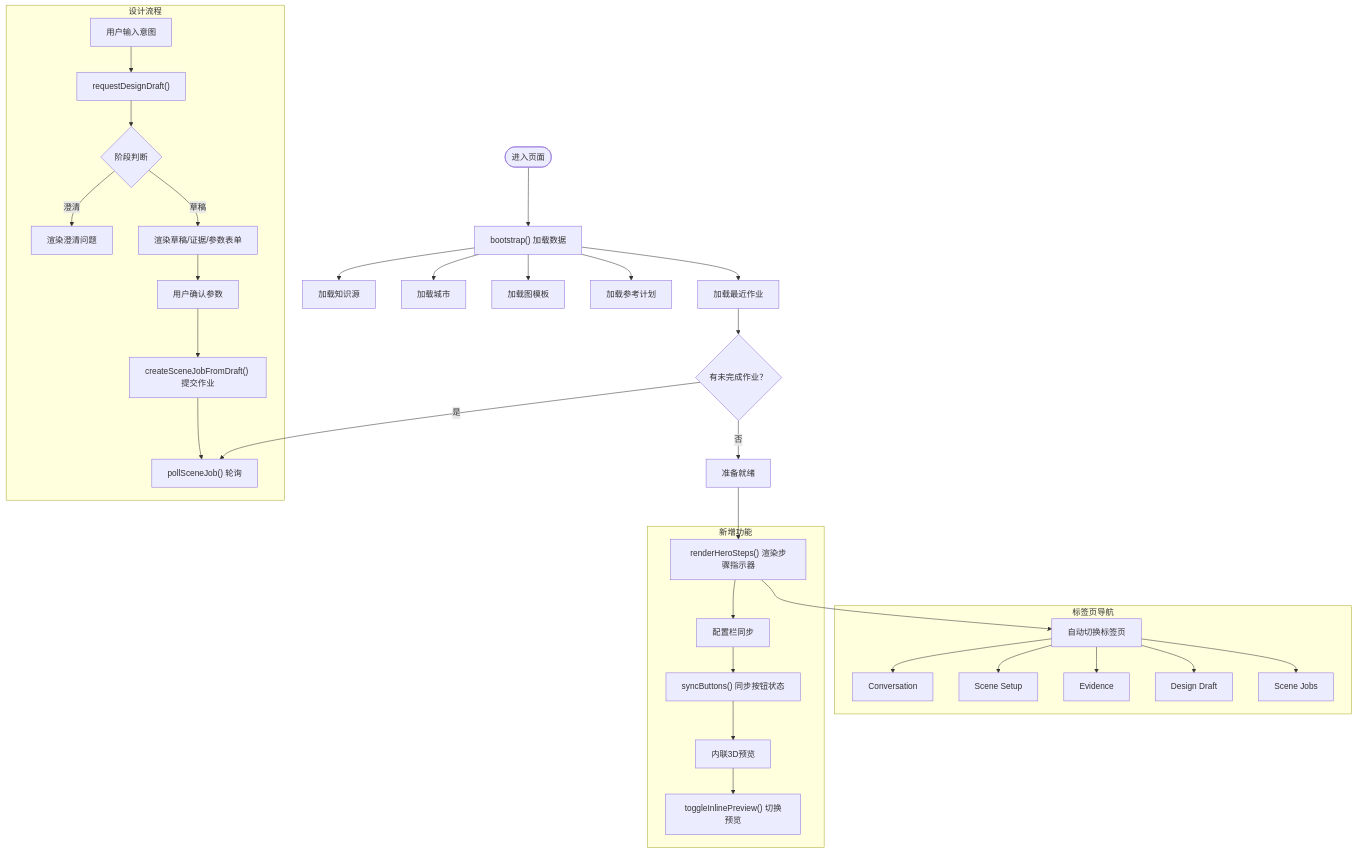
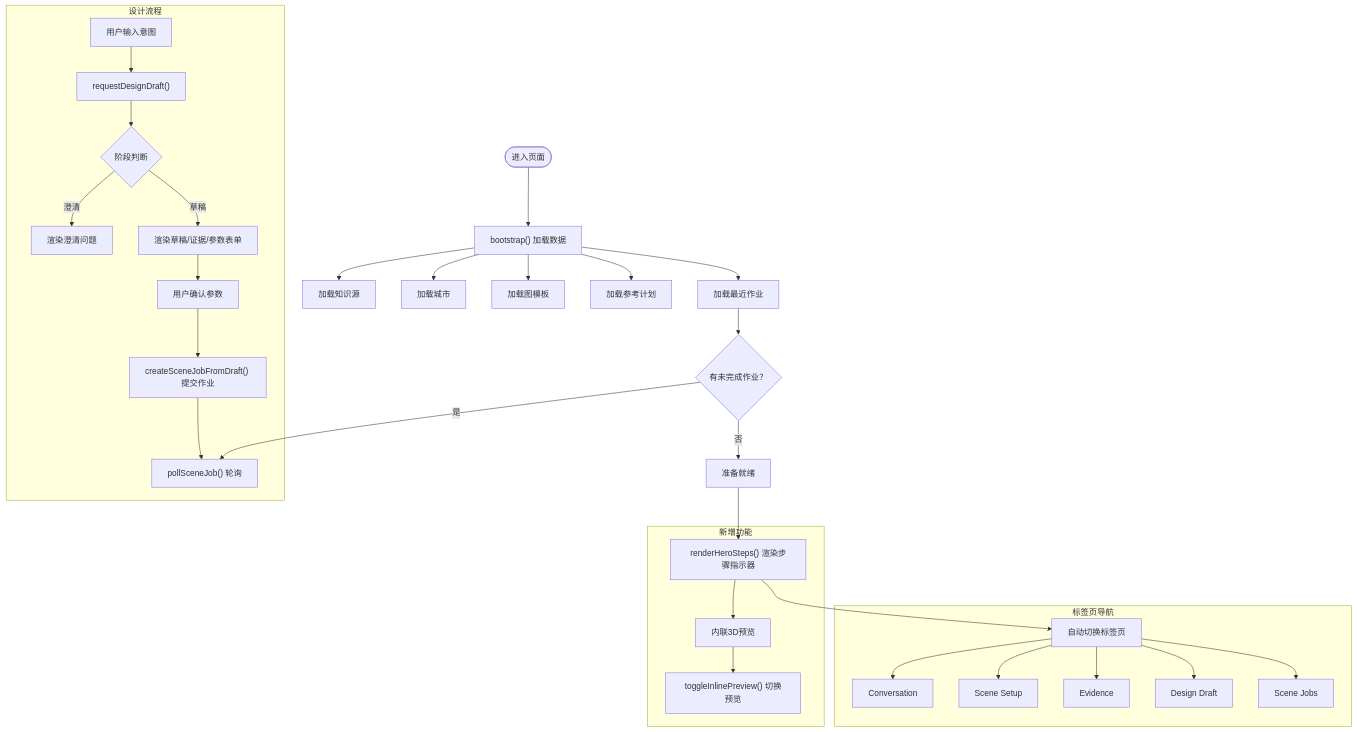
One commit to wsqstar/RoadGen3D changed the third of 4 diagrams in .qoder/repowiki/zh/content/Web界面系统/工作台界面/工作台界面.md. Above: the diagram before and after it, drawn with Mermaid. The commit also changed other lines of this file and 7 other files, not shown here.

````diff
--- a/.qoder/repowiki/zh/content/Web界面系统/工作台界面/工作台界面.md
+++ b/.qoder/repowiki/zh/content/Web界面系统/工作台界面/工作台界面.md
@@ -186,36 +191,34 @@
 ```mermaid
 flowchart TD
 Start(["进入页面"]) --> Boot["bootstrap() 加载数据"]
 Boot --> LoadKS["加载知识源"]
 Boot --> LoadCities["加载城市"]
 Boot --> LoadTemplates["加载图模板"]
 Boot --> LoadRefs["加载参考计划"]
 Boot --> LoadJobs["加载最近作业"]
 LoadJobs --> HasJob{"有未完成作业？"}
 HasJob --> |是| Poll["pollSceneJob() 轮询"]
 HasJob --> |否| Ready["准备就绪"]
 Ready --> HeroSteps["renderHeroSteps() 渲染步骤指示器"]
 HeroSteps --> AutoTab["自动切换标签页"]
 subgraph "设计流程"
 UInput["用户输入意图"] --> Draft["requestDesignDraft()"]
 Draft --> Stage{"阶段判断"}
 Stage --> |澄清| Clarify["渲染澄清问题"]
 Stage --> |草稿| RenderDraft["渲染草稿/证据/参数表单"]
 RenderDraft --> Confirm["用户确认参数"]
 Confirm --> Submit["createSceneJobFromDraft() 提交作业"]
 Submit --> Poll
 end
 subgraph "标签页导航"
 AutoTab --> Tab1["Conversation"]
 AutoTab --> Tab2["Scene Setup"]
 AutoTab --> Tab3["Evidence"]
 AutoTab --> Tab4["Design Draft"]
 AutoTab --> Tab5["Scene Jobs"]
 end
 subgraph "新增功能"
-HeroSteps --> ConfigBar["配置栏同步"]
-ConfigBar --> SyncBtns["syncButtons() 同步按钮状态"]
-SyncBtns --> InlinePreview["内联3D预览"]
+HeroSteps --> InlinePreview["内联3D预览"]
 InlinePreview --> TogglePreview["toggleInlinePreview() 切换预览"]
 end
 ```
````
